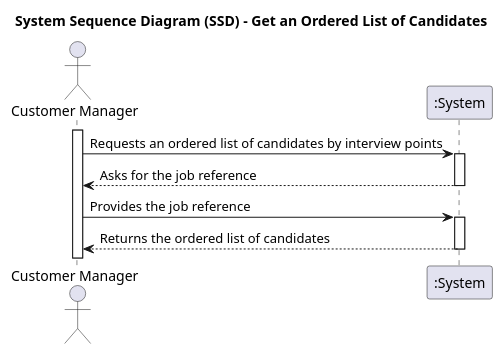
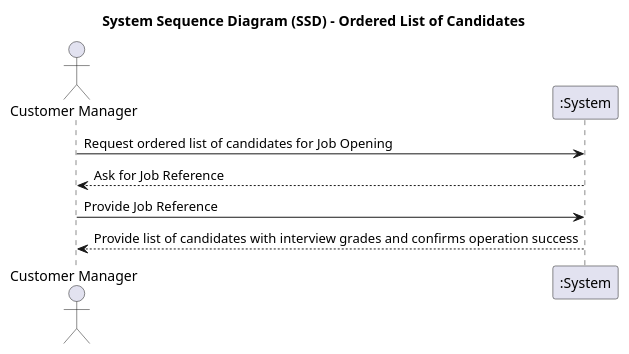
The diagram in docs/sprintC/US1019/01.requirements-engineering/puml/SSD.puml (Mendoncaa/LAPR4), drawn with PlantUML before and after one commit. The commit also changed 2 other files, not shown here.

Commit message:
#45 Requirements update, outline of excerpt of the Domain Model and SSD Update based on the requirements.

```diff
--- a/docs/sprintC/US1019/01.requirements-engineering/puml/SSD.puml
+++ b/docs/sprintC/US1019/01.requirements-engineering/puml/SSD.puml
@@ -1,23 +1,16 @@
 @startuml
 
-title System Sequence Diagram (SSD) - Get an Ordered List of Candidates
+title System Sequence Diagram (SSD) - Ordered List of Candidates
 
 actor "Customer Manager" as CM
 participant ":System" as S
 
-activate CM
+CM -> S : Request ordered list of candidates for Job Opening
 
-CM -> S : Requests an ordered list of candidates by interview points
-activate S
-S --> CM : Asks for the job reference
-deactivate S
+S --> CM : Ask for Job Reference
+CM -> S : Provide Job Reference
 
-
-CM -> S : Provides the job reference
-activate S
-
-S --> CM : Returns the ordered list of candidates
-deactivate S
+S --> CM : Provide list of candidates with interview grades and confirms operation success
 
 
 @enduml
```
